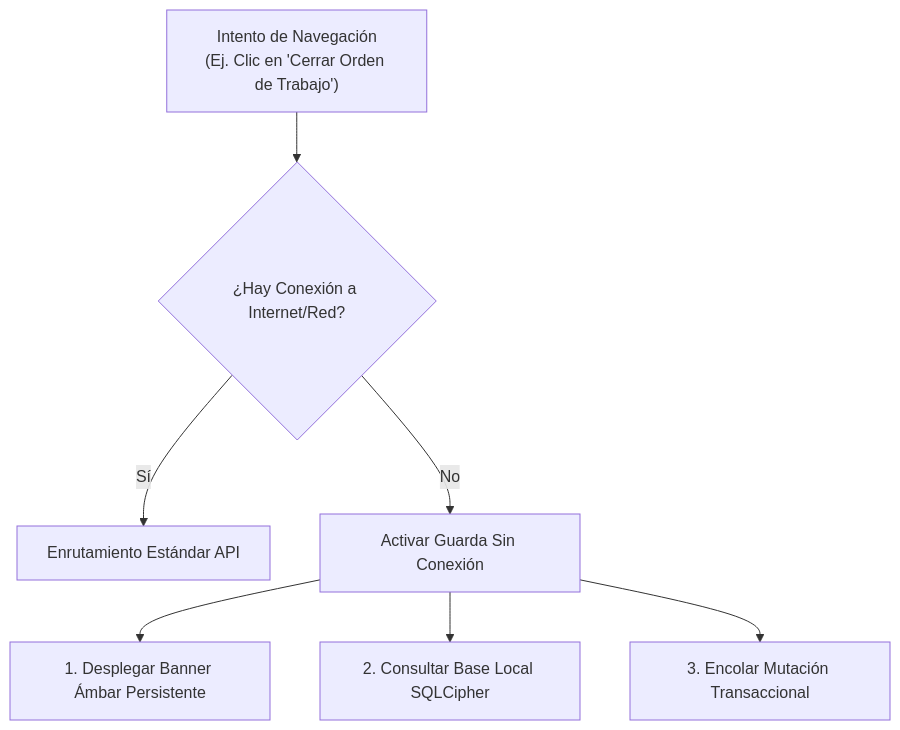
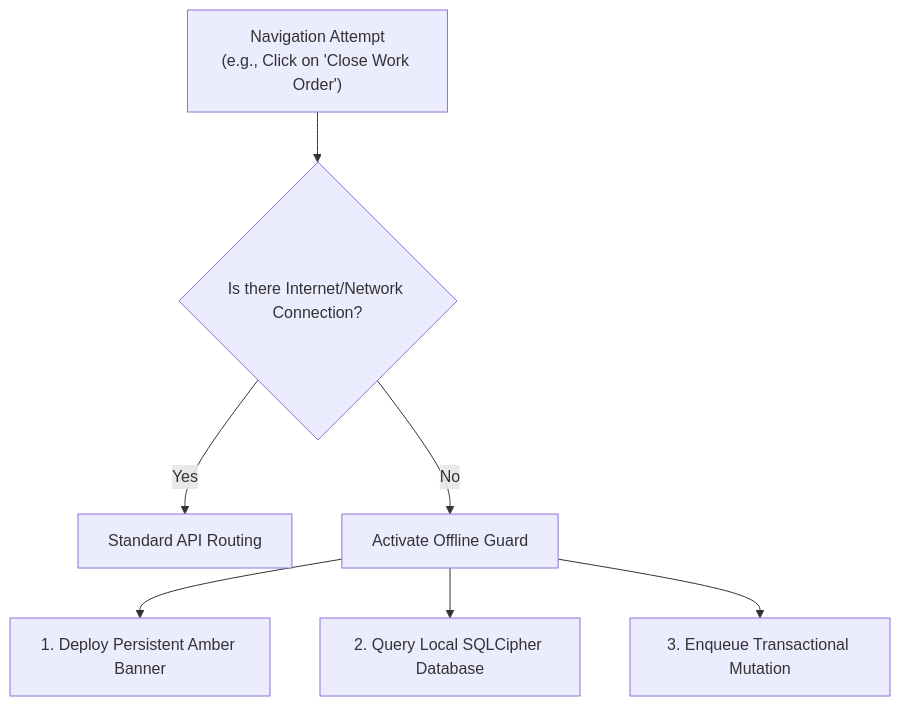
One commit to Novav20/adso-dteam-docs changed the fifth of 6 diagrams in ui-ux/DT-UI-NAV-DOC-001.md. Above: the diagram before and after it, drawn with Mermaid. The commit also changed other lines of this file, not shown here.

Commit message:
docs(ui-ux): translate global navigation specification

````diff
--- a/ui-ux/DT-UI-NAV-DOC-001.md
+++ b/ui-ux/DT-UI-NAV-DOC-001.md
@@ -210,9 +210,9 @@
 ```mermaid
 flowchart TD
-    NavTry["Intento de Navegación<br/>(Ej. Clic en 'Cerrar Orden de Trabajo')"] --> CheckConn{"¿Hay Conexión a Internet/Red?"}
-    CheckConn -- "Sí" --> StdRoute["Enrutamiento Estándar API"]
-    CheckConn -- "No" --> OfflineGuard["Activar Guarda Sin Conexión"]
-    OfflineGuard --> Action1["1. Desplegar Banner Ámbar Persistente"]
-    OfflineGuard --> Action2["2. Consultar Base Local SQLCipher"]
-    OfflineGuard --> Action3["3. Encolar Mutación Transaccional"]
+    NavTry["Navigation Attempt<br/>(e.g., Click on 'Close Work Order')"] --> CheckConn{"Is there Internet/Network Connection?"}
+    CheckConn -- "Yes" --> StdRoute["Standard API Routing"]
+    CheckConn -- "No" --> OfflineGuard["Activate Offline Guard"]
+    OfflineGuard --> Action1["1. Deploy Persistent Amber Banner"]
+    OfflineGuard --> Action2["2. Query Local SQLCipher Database"]
+    OfflineGuard --> Action3["3. Enqueue Transactional Mutation"]
 ```
````
